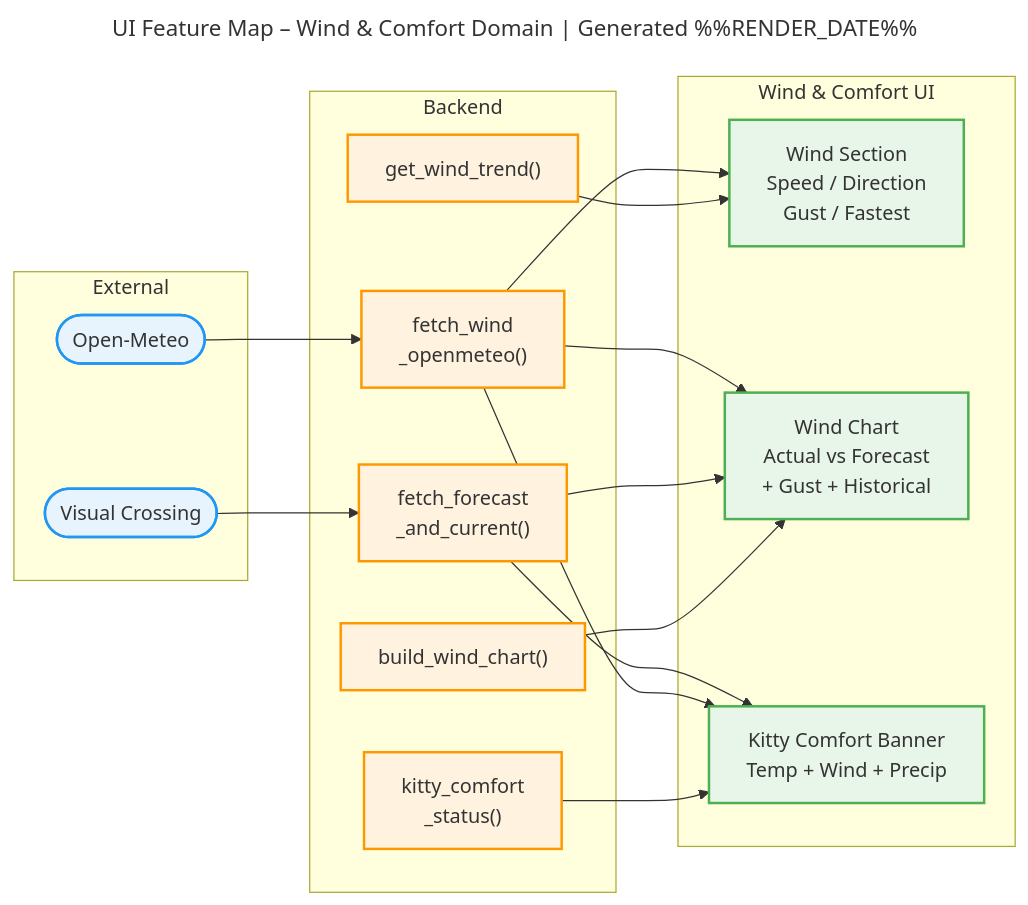
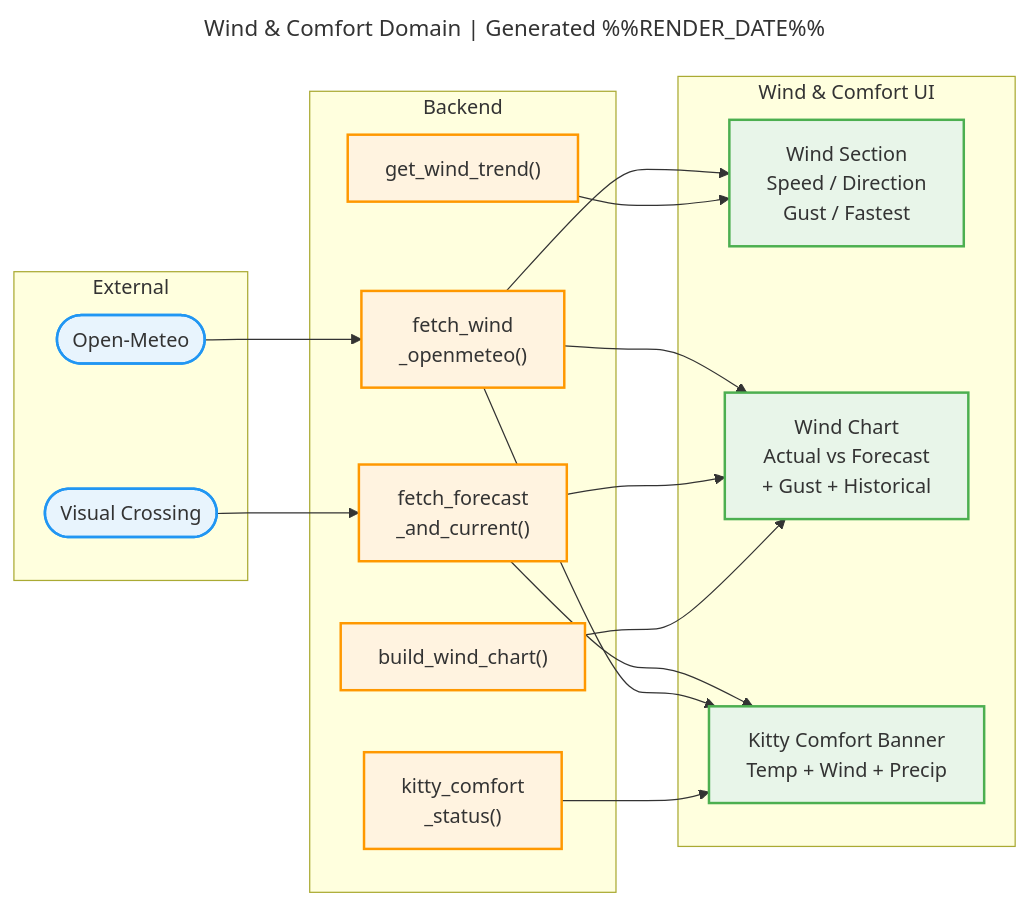
Before and after one commit to RobinWikoff/the-farm-monitor: the third of 7 diagrams in docs/c4/c4-ui-feature-map.md, drawn with Mermaid. The commit also changed other lines of this file and 30 other files, not shown here.

First line of the commit message:
Add diagram standards: DM Sans font, two-line header, A4 sizing

````diff
--- a/docs/c4/c4-ui-feature-map.md
+++ b/docs/c4/c4-ui-feature-map.md
@@ -119,46 +119,46 @@
 ```mermaid
 ---
-title: UI Feature Map – Wind & Comfort Domain | Generated %%RENDER_DATE%%
+title: "Wind & Comfort Domain | Generated %%RENDER_DATE%%"
 ---
 flowchart LR
     subgraph EXT["External"]
         vc_api(["Visual Crossing"])
         om_api(["Open-Meteo"])
     end
 
     subgraph BE["Backend"]
         vc_fetch["fetch_forecast\n_and_current()"]
         wind_fetch["fetch_wind\n_openmeteo()"]
         analytics["get_wind_trend()"]
         comfort["kitty_comfort\n_status()"]
         viz["build_wind_chart()"]
     end
 
     subgraph UI["Wind & Comfort UI"]
         wind_section["Wind Section\nSpeed / Direction\nGust / Fastest"]
         wind_chart["Wind Chart\nActual vs Forecast\n+ Gust + Historical"]
         kitty_banner["Kitty Comfort Banner\nTemp + Wind + Precip"]
     end
 
     vc_api --> vc_fetch
     om_api --> wind_fetch
 
     wind_fetch --> wind_section
     analytics --> wind_section
 
     wind_fetch --> wind_chart
     vc_fetch --> wind_chart
     viz --> wind_chart
 
     vc_fetch --> kitty_banner
     wind_fetch --> kitty_banner
     comfort --> kitty_banner
 
     classDef external fill:#e8f4fd,stroke:#2196F3,stroke-width:2px
     classDef backend fill:#fff3e0,stroke:#FF9800,stroke-width:2px
     classDef ui fill:#e8f5e9,stroke:#4CAF50,stroke-width:2px
 
     class vc_api,om_api external
     class vc_fetch,wind_fetch,analytics,comfort,viz backend
     class wind_section,wind_chart,kitty_banner ui
 ```
````
